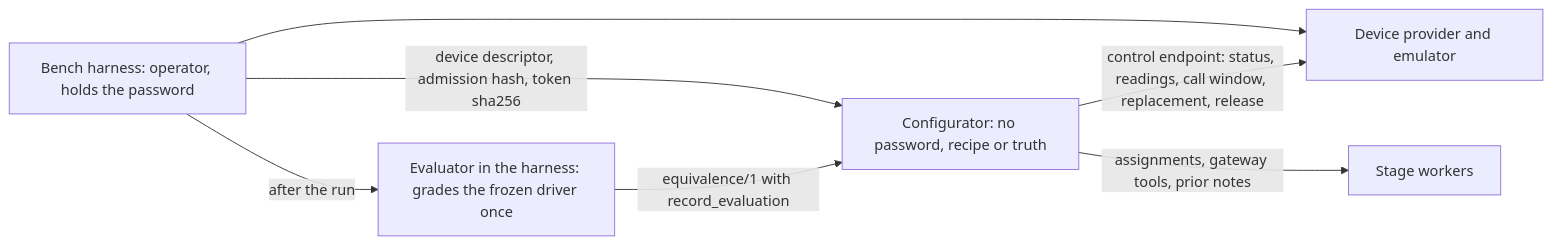
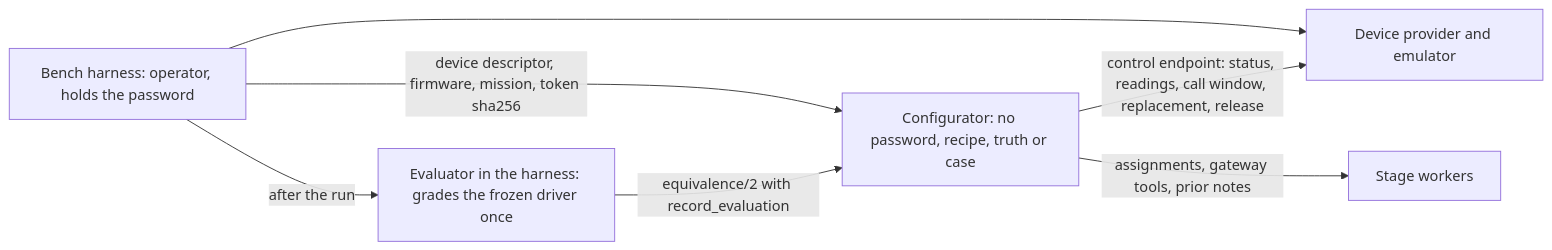
The second of 2 diagrams in docs/design.md (cam-berger/generative-driver), drawn with Mermaid before and after one commit. The commit also changed other lines of this file and 94 other files, not shown here.

````diff
--- a/docs/design.md
+++ b/docs/design.md
@@ -90,9 +90,9 @@
 ```mermaid
 flowchart LR
     H["Bench harness: operator, holds the password"] --> P["Device provider and emulator"]
-    H -->|"device descriptor, admission hash, token sha256"| C["Configurator: no password, recipe or truth"]
+    H -->|"device descriptor, firmware, mission, token sha256"| C["Configurator: no password, recipe, truth or case"]
     C -->|"control endpoint: status, readings, call window, replacement, release"| P
     C -->|"assignments, gateway tools, prior notes"| W["Stage workers"]
     H -->|"after the run"| V["Evaluator in the harness: grades the frozen driver once"]
-    V -->|"equivalence/1 with record_evaluation"| C
+    V -->|"equivalence/2 with record_evaluation"| C
 ```
````
